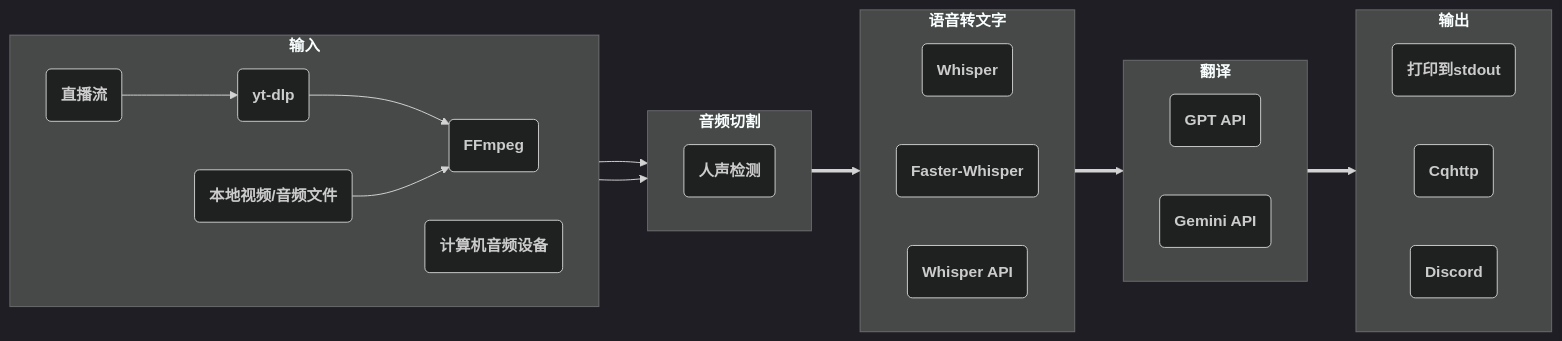
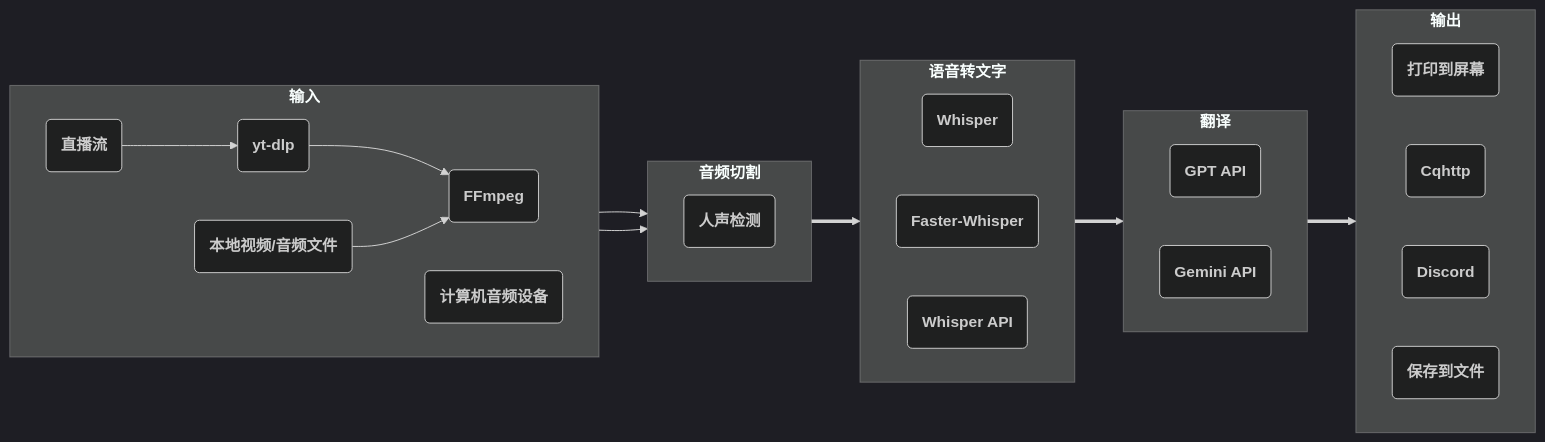
The diagram in README_CN.md (whizyre/stream-translator-gpt-deepseek), drawn with Mermaid (dark theme) before and after one commit. The commit also changed 1 other file, not shown here.

````diff
--- a/README_CN.md
+++ b/README_CN.md
@@ -7,40 +7,41 @@
 ```mermaid
 flowchart LR
     subgraph ga["`**输入**`"]
         direction LR
         aa("`**FFmpeg**`")
         ab("`**计算机音频设备**`")
         ac("`**yt-dlp**`")
         ad("`**本地视频/音频文件**`")
         ae("`**直播流**`")
         ac --> aa
         ad --> aa
         ae --> ac
     end
     subgraph gb["`**音频切割**`"]
         direction LR
         ba("`**人声检测**`")
     end
     subgraph gc["`**语音转文字**`"]
         direction LR
         ca("`**Whisper**`")
         cb("`**Faster-Whisper**`")
         cc("`**Whisper API**`")
     end
     subgraph gd["`**翻译**`"]
         direction LR
         da("`**GPT API**`")
         db("`**Gemini API**`")
     end
     subgraph ge["`**输出**`"]
         direction LR
-        ea("`**打印到stdout**`")
+        ea("`**打印到屏幕**`")
         eb("`**Cqhttp**`")
         ec("`**Discord**`")
+        ed("`**保存到文件**`")
     end
     aa --> gb
     ab --> gb
     gb ==> gc
     gc ==> gd
     gd ==> ge
 ```
````
